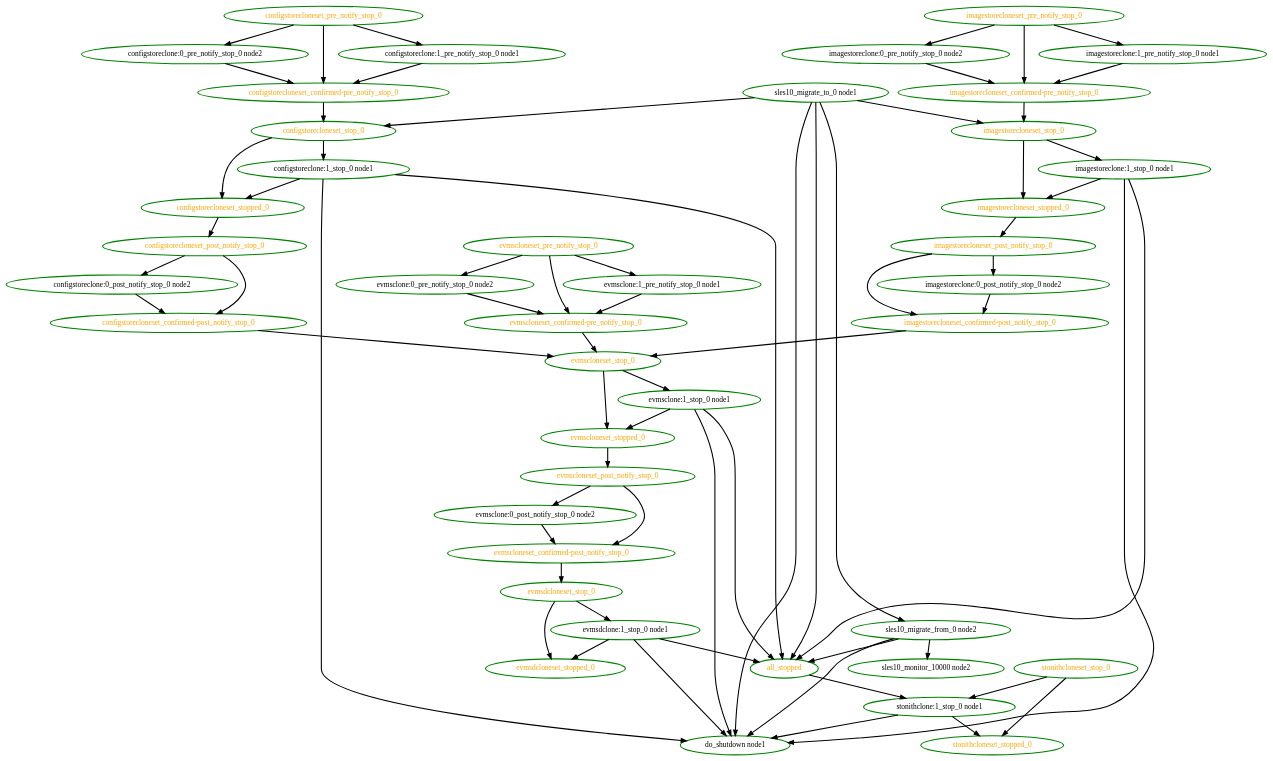
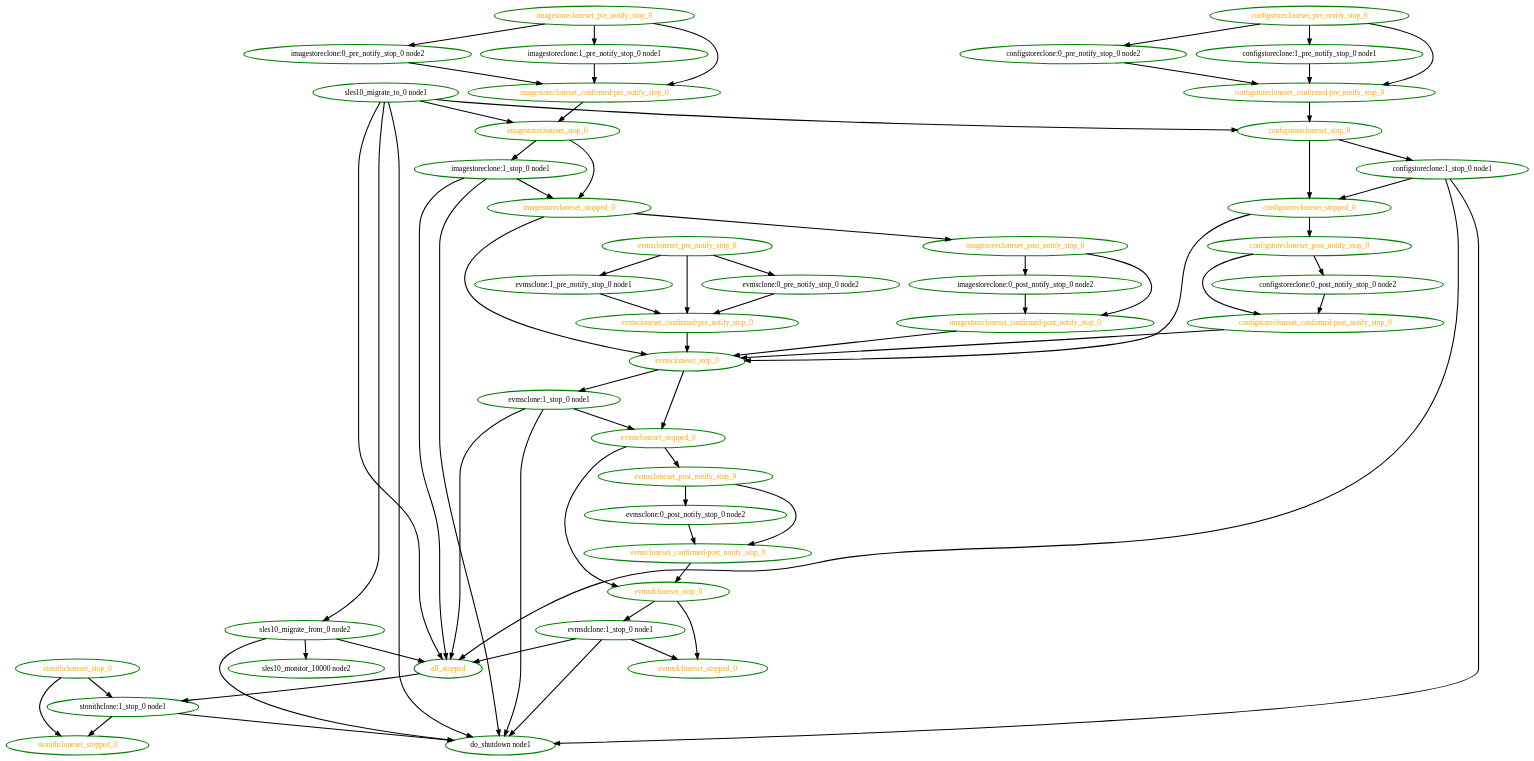
One commit to linux-ha-japan/pm_diskd changed the diagram in pengine/testcases/novell-252693.dot. Above: the diagram before and after it, drawn with Graphviz. The commit also changed 23 other files, not shown here.

```diff
--- a/pengine/testcases/novell-252693.dot
+++ b/pengine/testcases/novell-252693.dot
@@ -1,109 +1,112 @@
  digraph "g" {
 "all_stopped" -> "stonithclone:1_stop_0 node1" [ style = bold]
 "all_stopped" [ style=bold color="green" fontcolor="orange"  ]
 "configstoreclone:0_post_notify_stop_0 node2" -> "configstorecloneset_confirmed-post_notify_stop_0" [ style = bold]
 "configstoreclone:0_post_notify_stop_0 node2" [ style=bold color="green" fontcolor="black"  ]
 "configstoreclone:0_pre_notify_stop_0 node2" -> "configstorecloneset_confirmed-pre_notify_stop_0" [ style = bold]
 "configstoreclone:0_pre_notify_stop_0 node2" [ style=bold color="green" fontcolor="black"  ]
 "configstoreclone:1_pre_notify_stop_0 node1" -> "configstorecloneset_confirmed-pre_notify_stop_0" [ style = bold]
 "configstoreclone:1_pre_notify_stop_0 node1" [ style=bold color="green" fontcolor="black"  ]
 "configstoreclone:1_stop_0 node1" -> "all_stopped" [ style = bold]
 "configstoreclone:1_stop_0 node1" -> "configstorecloneset_stopped_0" [ style = bold]
 "configstoreclone:1_stop_0 node1" -> "do_shutdown node1" [ style = bold]
 "configstoreclone:1_stop_0 node1" [ style=bold color="green" fontcolor="black"  ]
 "configstorecloneset_confirmed-post_notify_stop_0" -> "evmscloneset_stop_0" [ style = bold]
 "configstorecloneset_confirmed-post_notify_stop_0" [ style=bold color="green" fontcolor="orange"  ]
 "configstorecloneset_confirmed-pre_notify_stop_0" -> "configstorecloneset_stop_0" [ style = bold]
 "configstorecloneset_confirmed-pre_notify_stop_0" [ style=bold color="green" fontcolor="orange"  ]
 "configstorecloneset_post_notify_stop_0" -> "configstoreclone:0_post_notify_stop_0 node2" [ style = bold]
 "configstorecloneset_post_notify_stop_0" -> "configstorecloneset_confirmed-post_notify_stop_0" [ style = bold]
 "configstorecloneset_post_notify_stop_0" [ style=bold color="green" fontcolor="orange"  ]
 "configstorecloneset_pre_notify_stop_0" -> "configstoreclone:0_pre_notify_stop_0 node2" [ style = bold]
 "configstorecloneset_pre_notify_stop_0" -> "configstoreclone:1_pre_notify_stop_0 node1" [ style = bold]
 "configstorecloneset_pre_notify_stop_0" -> "configstorecloneset_confirmed-pre_notify_stop_0" [ style = bold]
 "configstorecloneset_pre_notify_stop_0" [ style=bold color="green" fontcolor="orange"  ]
 "configstorecloneset_stop_0" -> "configstoreclone:1_stop_0 node1" [ style = bold]
 "configstorecloneset_stop_0" -> "configstorecloneset_stopped_0" [ style = bold]
 "configstorecloneset_stop_0" [ style=bold color="green" fontcolor="orange"  ]
 "configstorecloneset_stopped_0" -> "configstorecloneset_post_notify_stop_0" [ style = bold]
+"configstorecloneset_stopped_0" -> "evmscloneset_stop_0" [ style = bold]
 "configstorecloneset_stopped_0" [ style=bold color="green" fontcolor="orange"  ]
 "do_shutdown node1" [ style=bold color="green" fontcolor="black"  ]
 "evmsclone:0_post_notify_stop_0 node2" -> "evmscloneset_confirmed-post_notify_stop_0" [ style = bold]
 "evmsclone:0_post_notify_stop_0 node2" [ style=bold color="green" fontcolor="black"  ]
 "evmsclone:0_pre_notify_stop_0 node2" -> "evmscloneset_confirmed-pre_notify_stop_0" [ style = bold]
 "evmsclone:0_pre_notify_stop_0 node2" [ style=bold color="green" fontcolor="black"  ]
 "evmsclone:1_pre_notify_stop_0 node1" -> "evmscloneset_confirmed-pre_notify_stop_0" [ style = bold]
 "evmsclone:1_pre_notify_stop_0 node1" [ style=bold color="green" fontcolor="black"  ]
 "evmsclone:1_stop_0 node1" -> "all_stopped" [ style = bold]
 "evmsclone:1_stop_0 node1" -> "do_shutdown node1" [ style = bold]
 "evmsclone:1_stop_0 node1" -> "evmscloneset_stopped_0" [ style = bold]
 "evmsclone:1_stop_0 node1" [ style=bold color="green" fontcolor="black"  ]
 "evmscloneset_confirmed-post_notify_stop_0" -> "evmsdcloneset_stop_0" [ style = bold]
 "evmscloneset_confirmed-post_notify_stop_0" [ style=bold color="green" fontcolor="orange"  ]
 "evmscloneset_confirmed-pre_notify_stop_0" -> "evmscloneset_stop_0" [ style = bold]
 "evmscloneset_confirmed-pre_notify_stop_0" [ style=bold color="green" fontcolor="orange"  ]
 "evmscloneset_post_notify_stop_0" -> "evmsclone:0_post_notify_stop_0 node2" [ style = bold]
 "evmscloneset_post_notify_stop_0" -> "evmscloneset_confirmed-post_notify_stop_0" [ style = bold]
 "evmscloneset_post_notify_stop_0" [ style=bold color="green" fontcolor="orange"  ]
 "evmscloneset_pre_notify_stop_0" -> "evmsclone:0_pre_notify_stop_0 node2" [ style = bold]
 "evmscloneset_pre_notify_stop_0" -> "evmsclone:1_pre_notify_stop_0 node1" [ style = bold]
 "evmscloneset_pre_notify_stop_0" -> "evmscloneset_confirmed-pre_notify_stop_0" [ style = bold]
 "evmscloneset_pre_notify_stop_0" [ style=bold color="green" fontcolor="orange"  ]
 "evmscloneset_stop_0" -> "evmsclone:1_stop_0 node1" [ style = bold]
 "evmscloneset_stop_0" -> "evmscloneset_stopped_0" [ style = bold]
 "evmscloneset_stop_0" [ style=bold color="green" fontcolor="orange"  ]
 "evmscloneset_stopped_0" -> "evmscloneset_post_notify_stop_0" [ style = bold]
+"evmscloneset_stopped_0" -> "evmsdcloneset_stop_0" [ style = bold]
 "evmscloneset_stopped_0" [ style=bold color="green" fontcolor="orange"  ]
 "evmsdclone:1_stop_0 node1" -> "all_stopped" [ style = bold]
 "evmsdclone:1_stop_0 node1" -> "do_shutdown node1" [ style = bold]
 "evmsdclone:1_stop_0 node1" -> "evmsdcloneset_stopped_0" [ style = bold]
 "evmsdclone:1_stop_0 node1" [ style=bold color="green" fontcolor="black"  ]
 "evmsdcloneset_stop_0" -> "evmsdclone:1_stop_0 node1" [ style = bold]
 "evmsdcloneset_stop_0" -> "evmsdcloneset_stopped_0" [ style = bold]
 "evmsdcloneset_stop_0" [ style=bold color="green" fontcolor="orange"  ]
 "evmsdcloneset_stopped_0" [ style=bold color="green" fontcolor="orange"  ]
 "imagestoreclone:0_post_notify_stop_0 node2" -> "imagestorecloneset_confirmed-post_notify_stop_0" [ style = bold]
 "imagestoreclone:0_post_notify_stop_0 node2" [ style=bold color="green" fontcolor="black"  ]
 "imagestoreclone:0_pre_notify_stop_0 node2" -> "imagestorecloneset_confirmed-pre_notify_stop_0" [ style = bold]
 "imagestoreclone:0_pre_notify_stop_0 node2" [ style=bold color="green" fontcolor="black"  ]
 "imagestoreclone:1_pre_notify_stop_0 node1" -> "imagestorecloneset_confirmed-pre_notify_stop_0" [ style = bold]
 "imagestoreclone:1_pre_notify_stop_0 node1" [ style=bold color="green" fontcolor="black"  ]
 "imagestoreclone:1_stop_0 node1" -> "all_stopped" [ style = bold]
 "imagestoreclone:1_stop_0 node1" -> "do_shutdown node1" [ style = bold]
 "imagestoreclone:1_stop_0 node1" -> "imagestorecloneset_stopped_0" [ style = bold]
 "imagestoreclone:1_stop_0 node1" [ style=bold color="green" fontcolor="black"  ]
 "imagestorecloneset_confirmed-post_notify_stop_0" -> "evmscloneset_stop_0" [ style = bold]
 "imagestorecloneset_confirmed-post_notify_stop_0" [ style=bold color="green" fontcolor="orange"  ]
 "imagestorecloneset_confirmed-pre_notify_stop_0" -> "imagestorecloneset_stop_0" [ style = bold]
 "imagestorecloneset_confirmed-pre_notify_stop_0" [ style=bold color="green" fontcolor="orange"  ]
 "imagestorecloneset_post_notify_stop_0" -> "imagestoreclone:0_post_notify_stop_0 node2" [ style = bold]
 "imagestorecloneset_post_notify_stop_0" -> "imagestorecloneset_confirmed-post_notify_stop_0" [ style = bold]
 "imagestorecloneset_post_notify_stop_0" [ style=bold color="green" fontcolor="orange"  ]
 "imagestorecloneset_pre_notify_stop_0" -> "imagestoreclone:0_pre_notify_stop_0 node2" [ style = bold]
 "imagestorecloneset_pre_notify_stop_0" -> "imagestoreclone:1_pre_notify_stop_0 node1" [ style = bold]
 "imagestorecloneset_pre_notify_stop_0" -> "imagestorecloneset_confirmed-pre_notify_stop_0" [ style = bold]
 "imagestorecloneset_pre_notify_stop_0" [ style=bold color="green" fontcolor="orange"  ]
 "imagestorecloneset_stop_0" -> "imagestoreclone:1_stop_0 node1" [ style = bold]
 "imagestorecloneset_stop_0" -> "imagestorecloneset_stopped_0" [ style = bold]
 "imagestorecloneset_stop_0" [ style=bold color="green" fontcolor="orange"  ]
+"imagestorecloneset_stopped_0" -> "evmscloneset_stop_0" [ style = bold]
 "imagestorecloneset_stopped_0" -> "imagestorecloneset_post_notify_stop_0" [ style = bold]
 "imagestorecloneset_stopped_0" [ style=bold color="green" fontcolor="orange"  ]
 "sles10_migrate_from_0 node2" -> "all_stopped" [ style = bold]
 "sles10_migrate_from_0 node2" -> "do_shutdown node1" [ style = bold]
 "sles10_migrate_from_0 node2" -> "sles10_monitor_10000 node2" [ style = bold]
 "sles10_migrate_from_0 node2" [ style=bold color="green" fontcolor="black"  ]
 "sles10_migrate_to_0 node1" -> "all_stopped" [ style = bold]
 "sles10_migrate_to_0 node1" -> "configstorecloneset_stop_0" [ style = bold]
 "sles10_migrate_to_0 node1" -> "do_shutdown node1" [ style = bold]
 "sles10_migrate_to_0 node1" -> "imagestorecloneset_stop_0" [ style = bold]
 "sles10_migrate_to_0 node1" -> "sles10_migrate_from_0 node2" [ style = bold]
 "sles10_migrate_to_0 node1" [ style=bold color="green" fontcolor="black"  ]
 "sles10_monitor_10000 node2" [ style=bold color="green" fontcolor="black"  ]
 "stonithclone:1_stop_0 node1" -> "do_shutdown node1" [ style = bold]
 "stonithclone:1_stop_0 node1" -> "stonithcloneset_stopped_0" [ style = bold]
 "stonithclone:1_stop_0 node1" [ style=bold color="green" fontcolor="black"  ]
 "stonithcloneset_stop_0" -> "stonithclone:1_stop_0 node1" [ style = bold]
 "stonithcloneset_stop_0" -> "stonithcloneset_stopped_0" [ style = bold]
 "stonithcloneset_stop_0" [ style=bold color="green" fontcolor="orange"  ]
 "stonithcloneset_stopped_0" [ style=bold color="green" fontcolor="orange"  ]
 }
```
